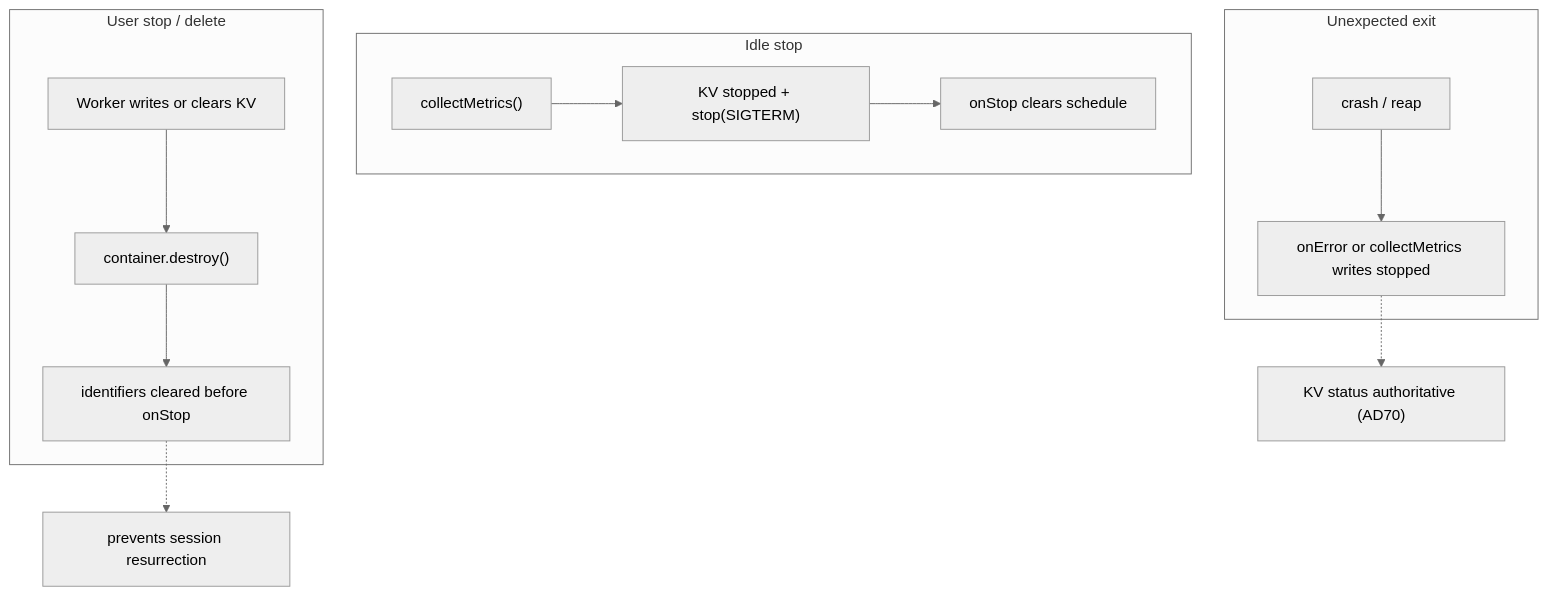
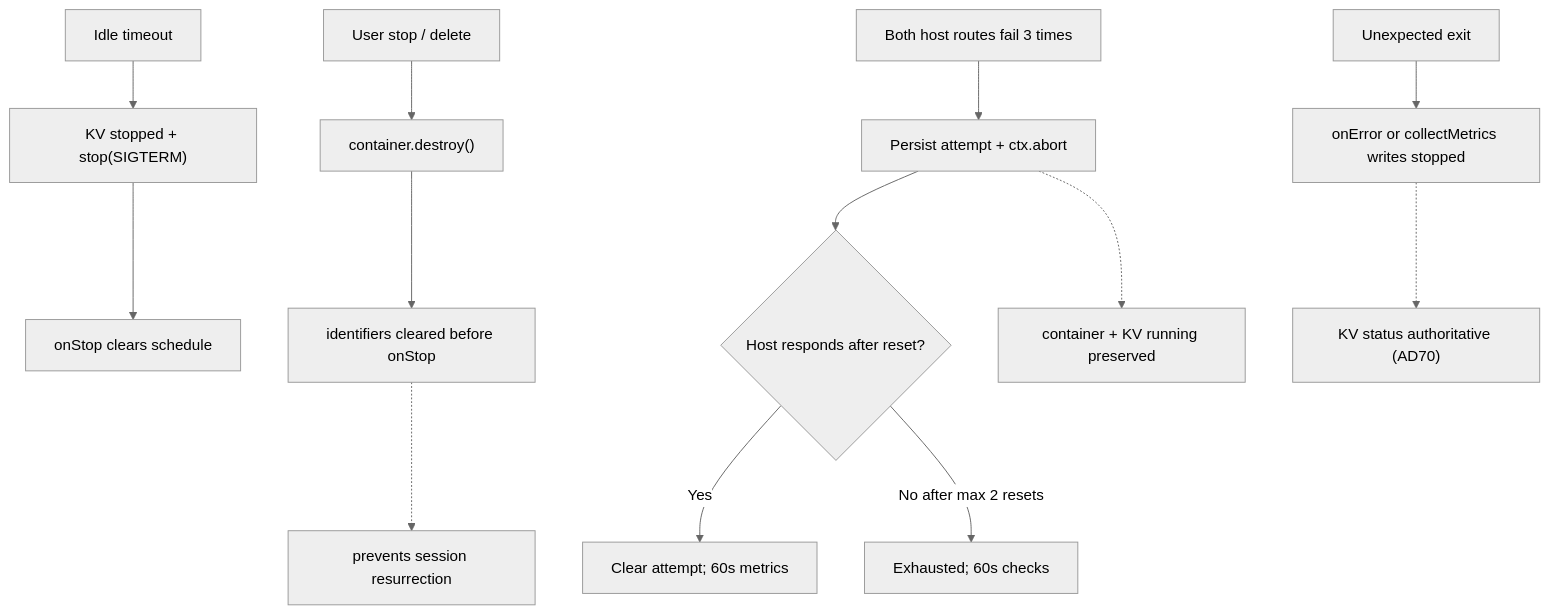
One commit to nikolanovoselec/codeflare changed the fifth of 11 diagrams in documentation/lanes/architecture.md. Above: the diagram before and after it, drawn with Mermaid (neutral theme). The commit also changed other lines of this file and 47 other files, not shown here.

````diff
--- a/documentation/lanes/architecture.md
+++ b/documentation/lanes/architecture.md
@@ -458,16 +465,15 @@
 ```mermaid
 flowchart TD
-    subgraph IdleStop["Idle stop"]
-        I1["collectMetrics()"] --> I2["KV stopped + stop(SIGTERM)"]
-        I2 --> I3["onStop clears schedule"]
-    end
-    subgraph UserStopDelete["User stop / delete"]
-        U1["Worker writes or clears KV"] --> U2["container.destroy()"]
-        U2 --> U3["identifiers cleared before onStop"]
-    end
-    subgraph UnexpectedExit["Unexpected exit"]
-        X1["crash / reap"] --> X2["onError or collectMetrics writes stopped"]
-    end
+    I1["Idle timeout"] --> I2["KV stopped + stop(SIGTERM)"]
+    I2 --> I3["onStop clears schedule"]
+    U1["User stop / delete"] --> U2["container.destroy()"]
+    U2 --> U3["identifiers cleared before onStop"]
+    R1["Both host routes fail 3 times"] --> R2["Persist attempt + ctx.abort"]
+    R2 --> R3{"Host responds after reset?"}
+    R3 -->|"Yes"| A["Clear attempt; 60s metrics"]
+    R3 -->|"No after max 2 resets"| E["Exhausted; 60s checks"]
+    X1["Unexpected exit"] --> X2["onError or collectMetrics writes stopped"]
     U3 -.-> K["prevents session resurrection"]
-    X2 -.-> A["KV status authoritative (AD70)"]
+    R2 -.-> P["container + KV running preserved"]
+    X2 -.-> B["KV status authoritative (AD70)"]
 ```
````
